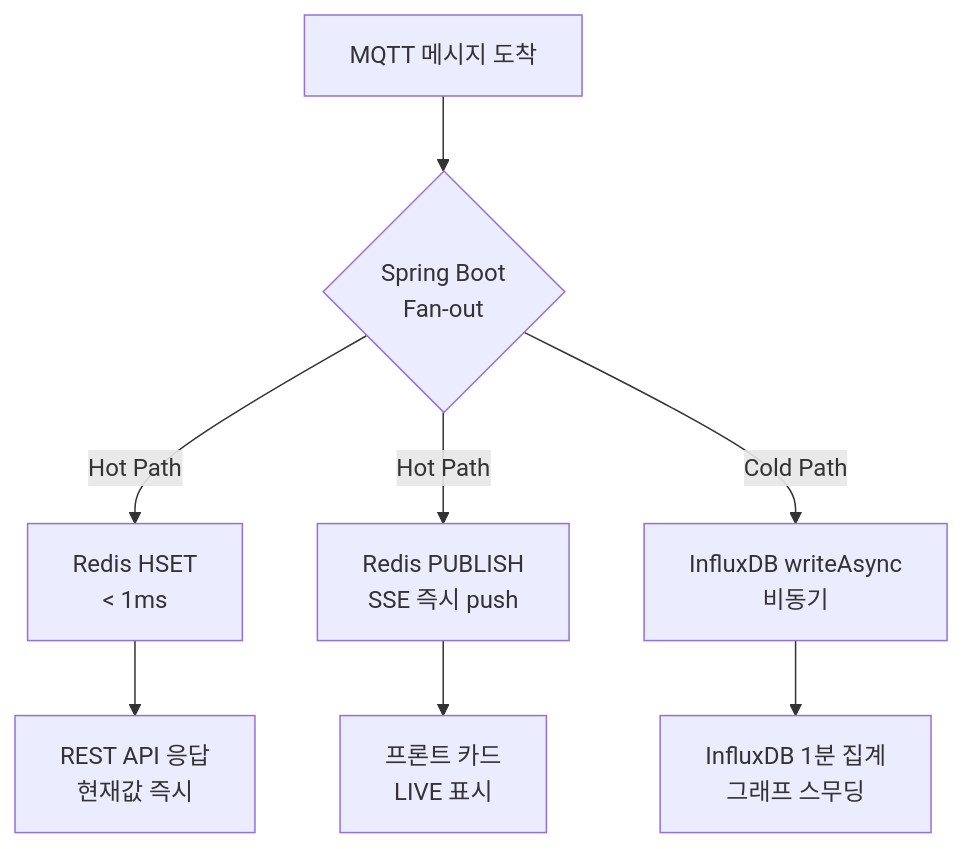
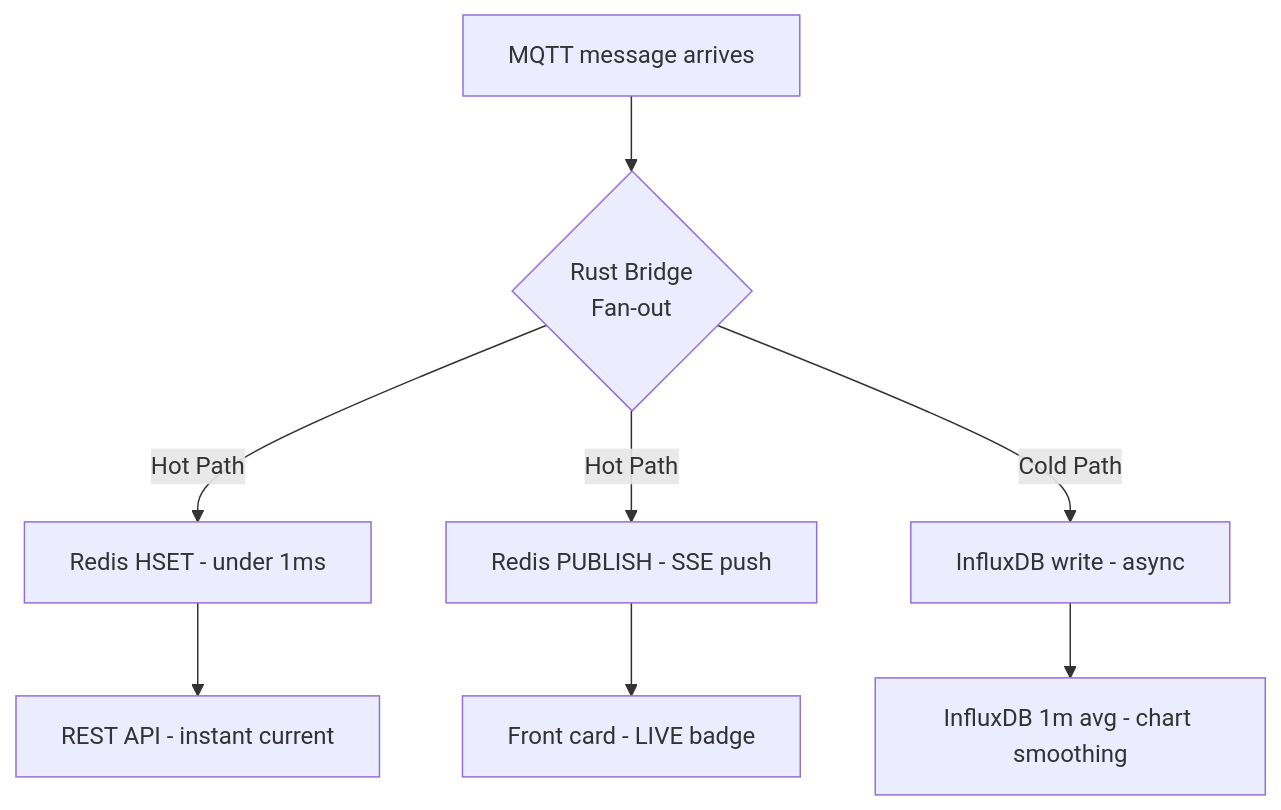
One commit to heosangmu1-ship-it/smartPot changed the second of 3 diagrams in README.md. Above: the diagram before and after it, drawn with Mermaid. The commit also changed other lines of this file, not shown here.

First line of the commit message:
Fix Mermaid parse errors in README diagrams

````diff
--- a/README.md
+++ b/README.md
@@ -91,11 +97,11 @@
 ```mermaid
 flowchart TD
-    MQTT[MQTT 메시지 도착] --> FAN{Spring Boot<br/>Fan-out}
-    FAN -- Hot Path --> R[Redis HSET<br/>< 1ms]
-    FAN -- Hot Path --> P[Redis PUBLISH<br/>SSE 즉시 push]
-    FAN -- Cold Path --> I[InfluxDB writeAsync<br/>비동기]
+    MQTT[MQTT message arrives] --> FAN{Rust Bridge<br/>Fan-out}
+    FAN -- Hot Path --> R[Redis HSET - under 1ms]
+    FAN -- Hot Path --> P[Redis PUBLISH - SSE push]
+    FAN -- Cold Path --> I[InfluxDB write - async]
 
-    R --> RC[REST API 응답<br/>현재값 즉시]
-    P --> SC[프론트 카드<br/>LIVE 표시]
-    I --> HC[InfluxDB 1분 집계<br/>그래프 스무딩]
+    R --> RC[REST API - instant current]
+    P --> SC[Front card - LIVE badge]
+    I --> HC[InfluxDB 1m avg - chart smoothing]
 ```
````
